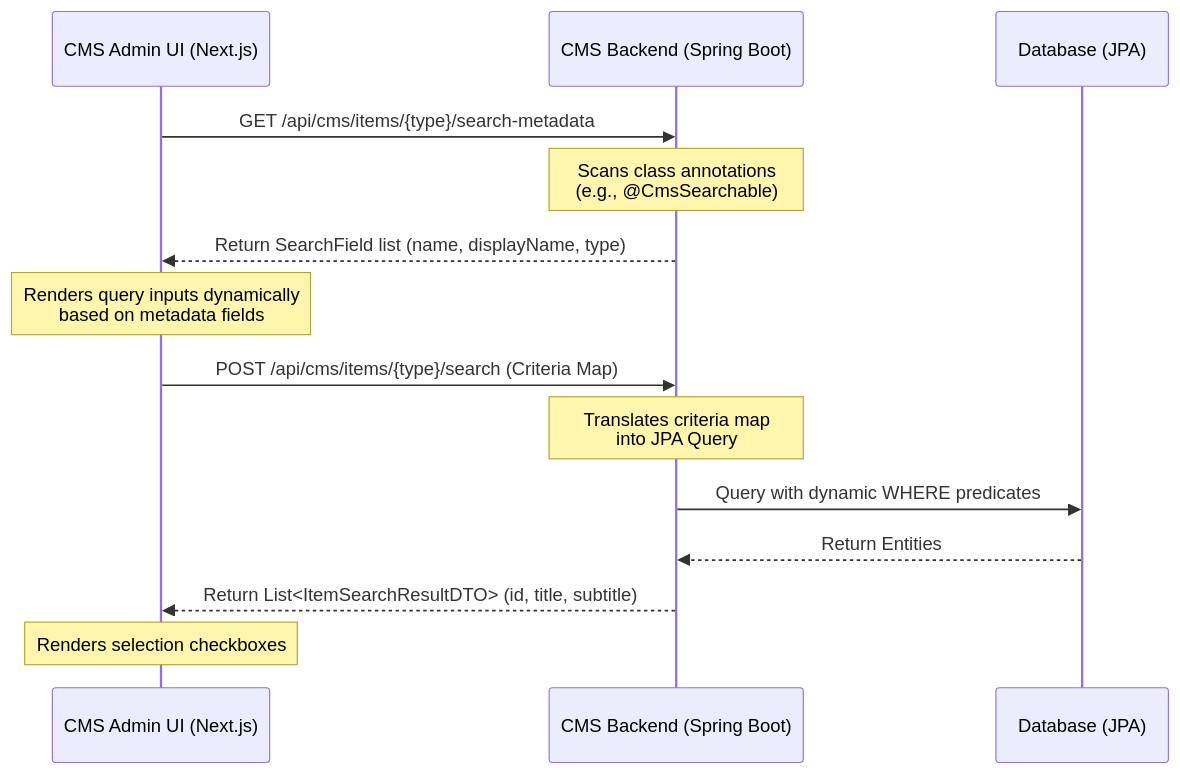
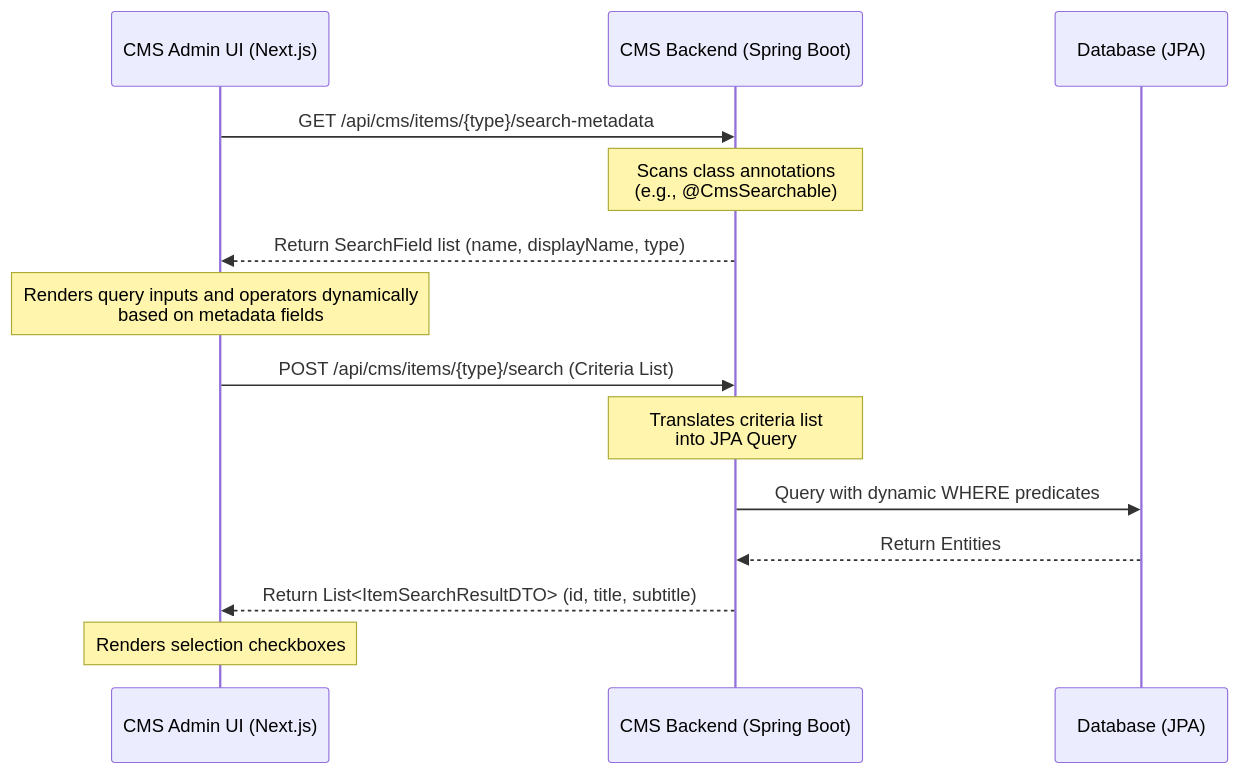
The diagram in _articles/case-study-headless-cms-demo-part-2.md (adiputera/adiputera.github.io), drawn with Mermaid before and after one commit. The commit also changed other lines of this file and 5 other files, not shown here.

````diff
--- a/_articles/case-study-headless-cms-demo-part-2.md
+++ b/_articles/case-study-headless-cms-demo-part-2.md
@@ -53,20 +53,20 @@
 ```mermaid
 sequenceDiagram
     participant UI as CMS Admin UI (Next.js)
     participant API as CMS Backend (Spring Boot)
     participant DB as Database (JPA)
 
     UI->>API: GET /api/cms/items/{type}/search-metadata
     Note over API: Scans class annotations<br/>(e.g., @CmsSearchable)
     API-->>UI: Return SearchField list (name, displayName, type)
     
-    Note over UI: Renders query inputs dynamically<br/>based on metadata fields
+    Note over UI: Renders query inputs and operators dynamically<br/>based on metadata fields
     
-    UI->>API: POST /api/cms/items/{type}/search (Criteria Map)
-    Note over API: Translates criteria map<br/>into JPA Query
+    UI->>API: POST /api/cms/items/{type}/search (Criteria List)
+    Note over API: Translates criteria list<br/>into JPA Query
     API->>DB: Query with dynamic WHERE predicates
     DB-->>API: Return Entities
     API-->>UI: Return List<ItemSearchResultDTO> (id, title, subtitle)
     
     Note over UI: Renders selection checkboxes
 ```
````
